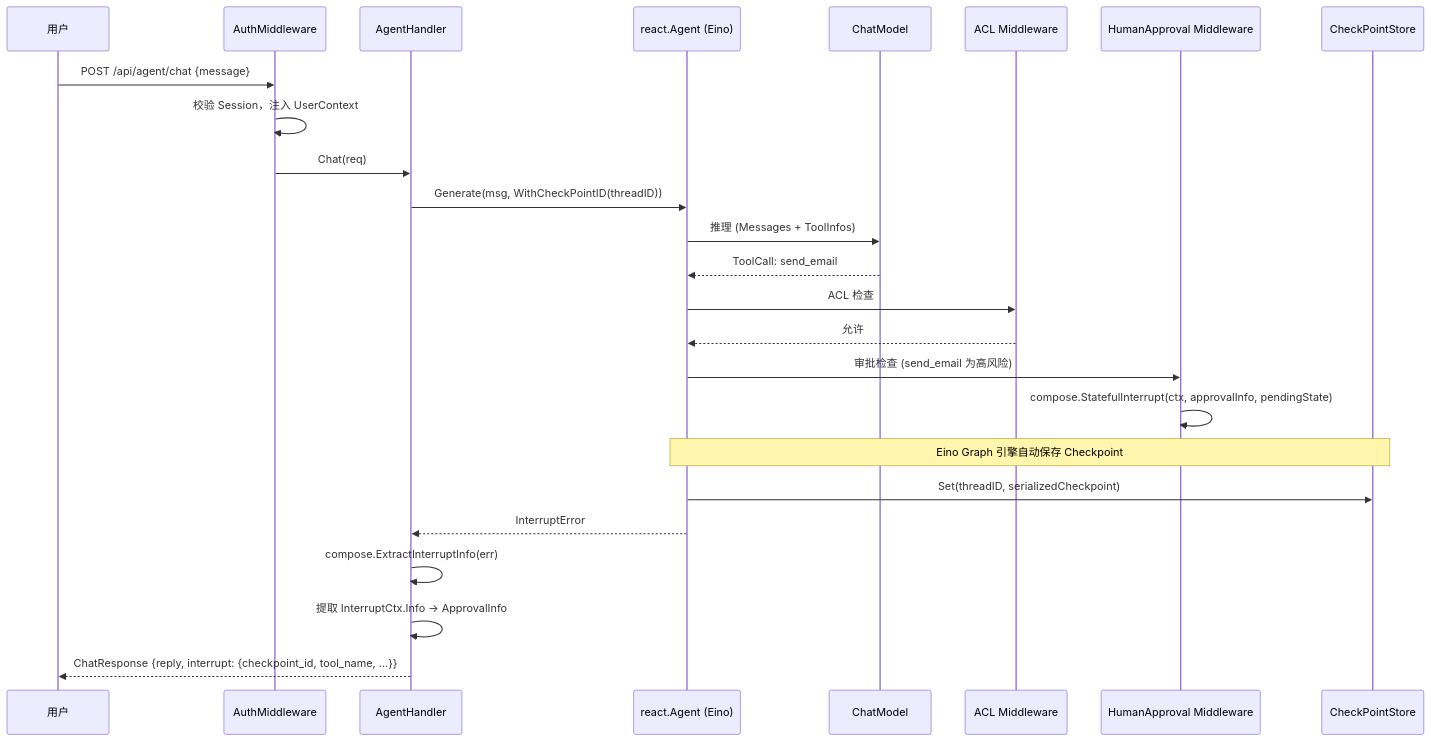
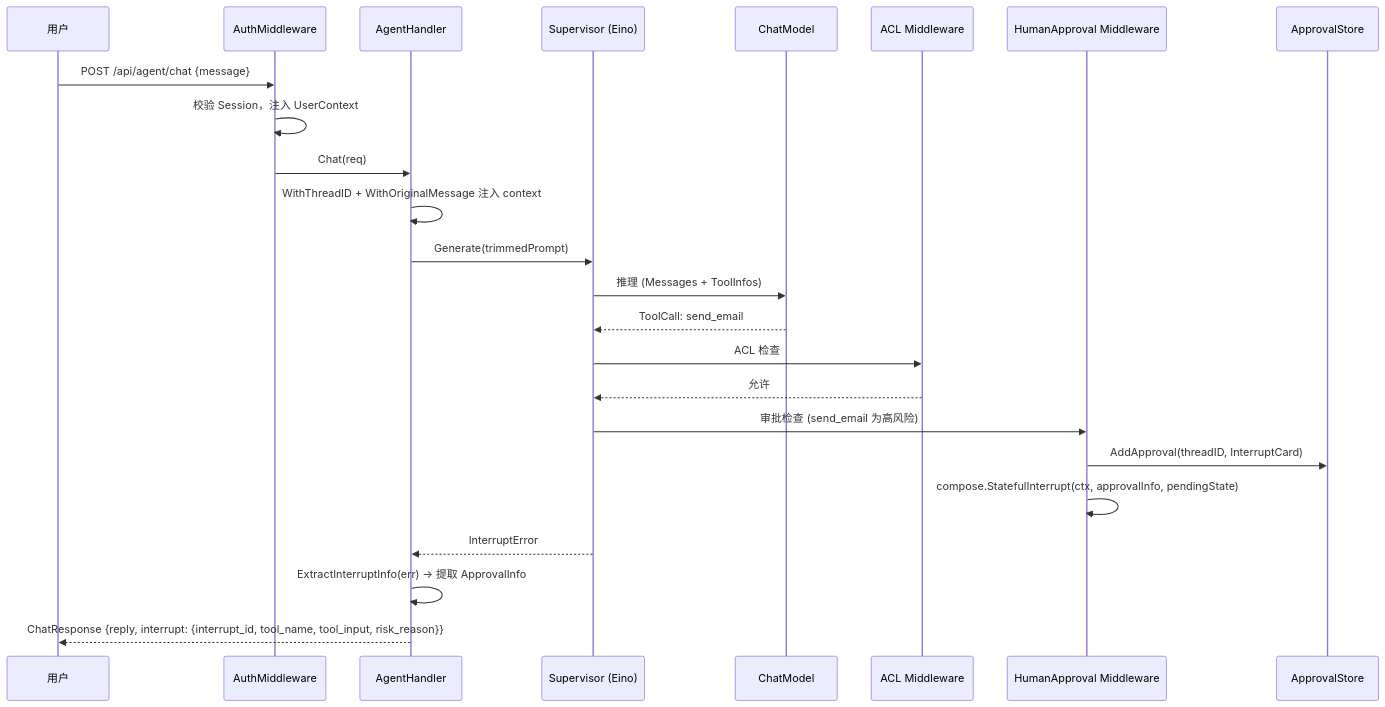
One commit to cling-2/Agent-Basic-Framework changed the second of 5 diagrams in docs/DOC-03.md. Above: the diagram before and after it, drawn with Mermaid. The commit also changed other lines of this file and 23 other files, not shown here.

````diff
--- a/docs/DOC-03.md
+++ b/docs/DOC-03.md
@@ -193,31 +162,30 @@
 ```mermaid
 sequenceDiagram
     participant U as 用户
     participant MW as AuthMiddleware
     participant H as AgentHandler
-    participant RA as react.Agent (Eino)
+    participant RA as Supervisor (Eino)
     participant LLM as ChatModel
     participant ACL as ACL Middleware
     participant HITL as HumanApproval Middleware
-    participant CPS as CheckPointStore
+    participant AS as ApprovalStore
 
     U->>MW: POST /api/agent/chat {message}
     MW->>MW: 校验 Session，注入 UserContext
     MW->>H: Chat(req)
-    H->>RA: Generate(msg, WithCheckPointID(threadID))
+    H->>H: WithThreadID + WithOriginalMessage 注入 context
+    H->>RA: Generate(trimmedPrompt)
 
     RA->>LLM: 推理 (Messages + ToolInfos)
     LLM-->>RA: ToolCall: send_email
     RA->>ACL: ACL 检查
     ACL-->>RA: 允许
     RA->>HITL: 审批检查 (send_email 为高风险)
 
+    HITL->>AS: AddApproval(threadID, InterruptCard)
     HITL->>HITL: compose.StatefulInterrupt(ctx, approvalInfo, pendingState)
-    Note over RA,CPS: Eino Graph 引擎自动保存 Checkpoint
-    RA->>CPS: Set(threadID, serializedCheckpoint)
     RA-->>H: InterruptError
 
-    H->>H: compose.ExtractInterruptInfo(err)
-    H->>H: 提取 InterruptCtx.Info → ApprovalInfo
-    H-->>U: ChatResponse {reply, interrupt: {checkpoint_id, tool_name, ...}}
+    H->>H: ExtractInterruptInfo(err) → 提取 ApprovalInfo
+    H-->>U: ChatResponse {reply, interrupt: {interrupt_id, tool_name, tool_input, risk_reason}}
 ```
````
